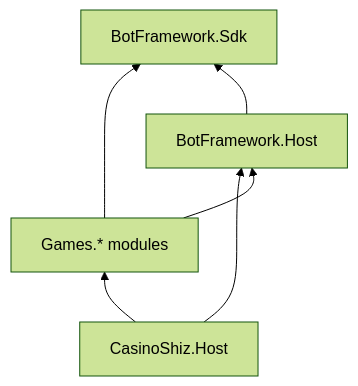
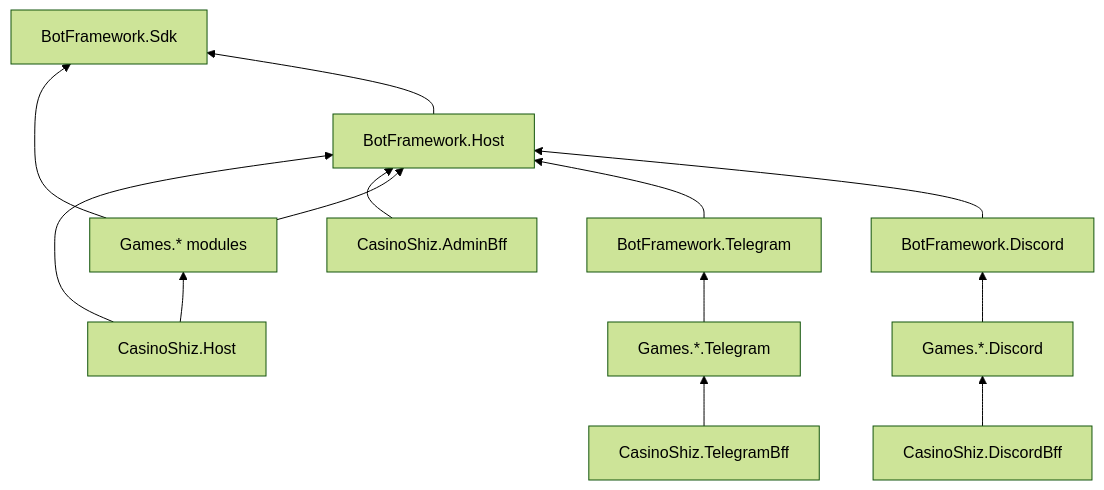
Before and after one commit to cpp20120/GameShiz: diagram 30 of 30 in docs/arch.md, drawn with Mermaid (forest theme). The commit also changed other lines of this file and 182 other files, not shown here.

````diff
--- a/docs/arch.md
+++ b/docs/arch.md
@@ -1147,13 +1403,27 @@
 ```mermaid
 flowchart BT
     host["CasinoShiz.Host"]
+    telegramBff["CasinoShiz.TelegramBff"]
+    discordBff["CasinoShiz.DiscordBff"]
+    adminBff["CasinoShiz.AdminBff"]
     game["Games.* modules"]
+    telegramChannel["Games.*.Telegram"]
+    discordChannel["Games.*.Discord"]
     frameworkHost["BotFramework.Host"]
+    telegramFramework["BotFramework.Telegram"]
+    discordFramework["BotFramework.Discord"]
     sdk["BotFramework.Sdk"]
 
     host --> game
     host --> frameworkHost
+    telegramBff --> telegramChannel
+    discordBff --> discordChannel
+    adminBff --> frameworkHost
     game --> frameworkHost
+    telegramChannel --> telegramFramework
+    discordChannel --> discordFramework
     game --> sdk
     frameworkHost --> sdk
+    telegramFramework --> frameworkHost
+    discordFramework --> frameworkHost
 ```
````
